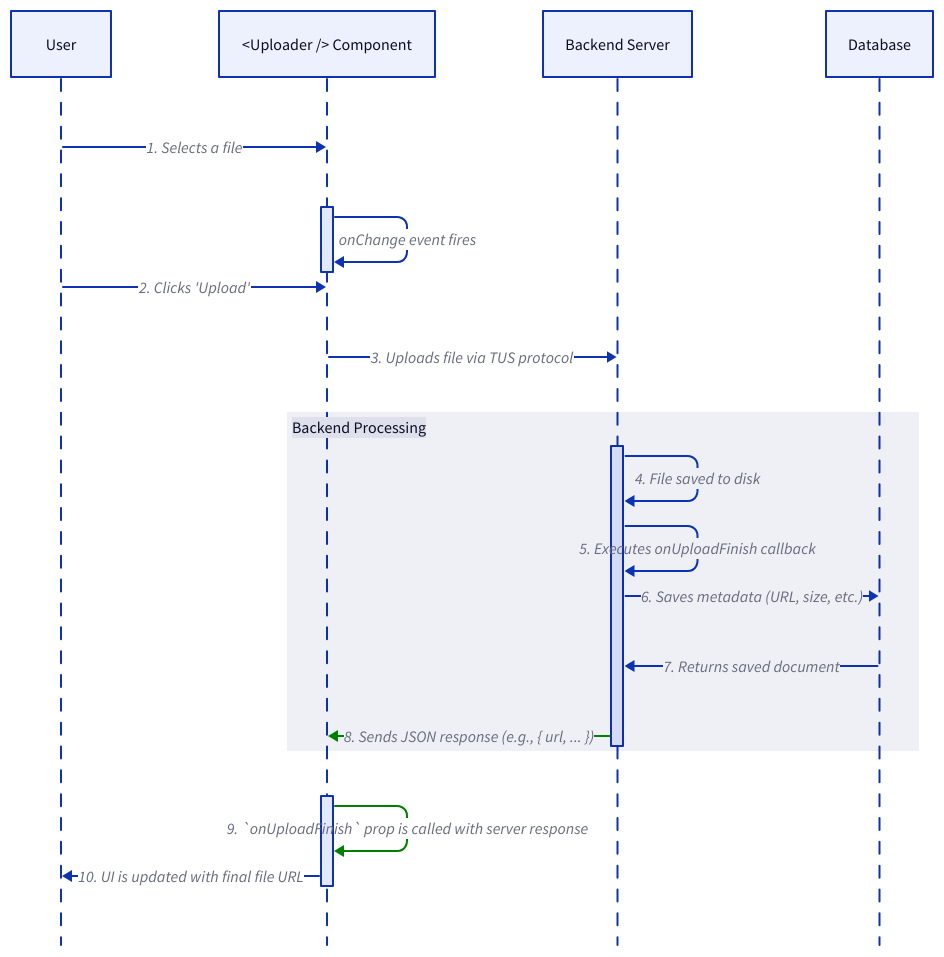
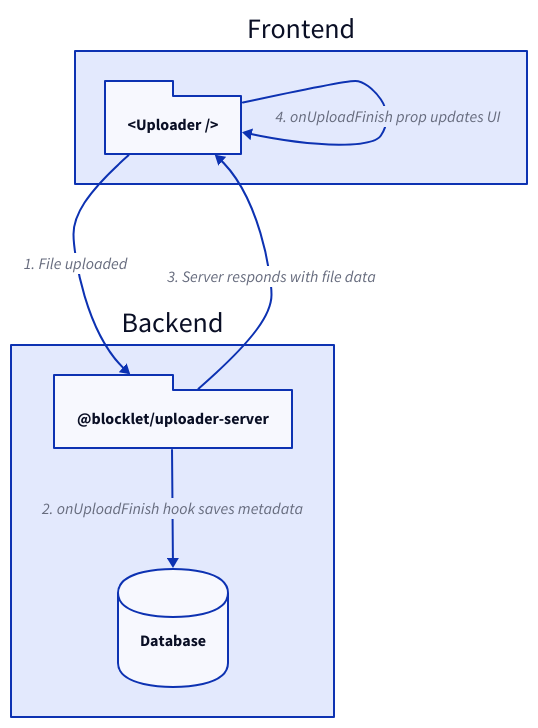
One commit to blocklet/media-kit changed the diagram in .aigne/doc-smith/docs/guides-handling-uploads.md. Above: the diagram before and after it, drawn with D2. The commit also changed other lines of this file and 26 other files, not shown here.

````diff
--- a/.aigne/doc-smith/docs/guides-handling-uploads.md
+++ b/.aigne/doc-smith/docs/guides-handling-uploads.md
@@ -155,26 +7,28 @@
 ```d2
-shape: sequence_diagram
-direction: right
+direction: down
 
-User: "User"
-Uploader: "<Uploader /> Component"
-Server: "Backend Server"
-DB: "Database"
-
-User -> Uploader: "1. Selects a file"
-Uploader.t1 -> Uploader.t1: "onChange event fires"
-User -> Uploader: "2. Clicks 'Upload'"
-Uploader -> Server: "3. Uploads file via TUS protocol"
-
-sub_process: "Backend Processing" {
-  Server.t1 -> Server.t1: "4. File saved to disk"
-  Server.t1 -> Server.t1: "5. Executes onUploadFinish callback"
-  Server.t1 -> DB: "6. Saves metadata (URL, size, etc.)"
-  DB -> Server.t1: "7. Returns saved document"
-  Server.t1 -> Uploader: "8. Sends JSON response (e.g., { url, ... })" {style.stroke: green}
+Frontend: {
+  shape: rectangle
+  Uploader-Component: {
+    label: "<Uploader />"
+    shape: package
+  }
 }
 
-Uploader.t2 -> Uploader.t2: "9. `onUploadFinish` prop is called with server response" {style.stroke: green}
-Uploader.t2 -> User: "10. UI is updated with final file URL"
+Backend: {
+  shape: rectangle
+  Uploader-Server: {
+    label: "@blocklet/uploader-server"
+    shape: package
+  }
+  Database: {
+    shape: cylinder
+  }
+}
+
+Frontend.Uploader-Component -> Backend.Uploader-Server: "1. File uploaded"
+Backend.Uploader-Server -> Backend.Database: "2. onUploadFinish hook saves metadata"
+Backend.Uploader-Server -> Frontend.Uploader-Component: "3. Server responds with file data"
+Frontend.Uploader-Component -> Frontend.Uploader-Component: "4. onUploadFinish prop updates UI"
 
 ```
````
